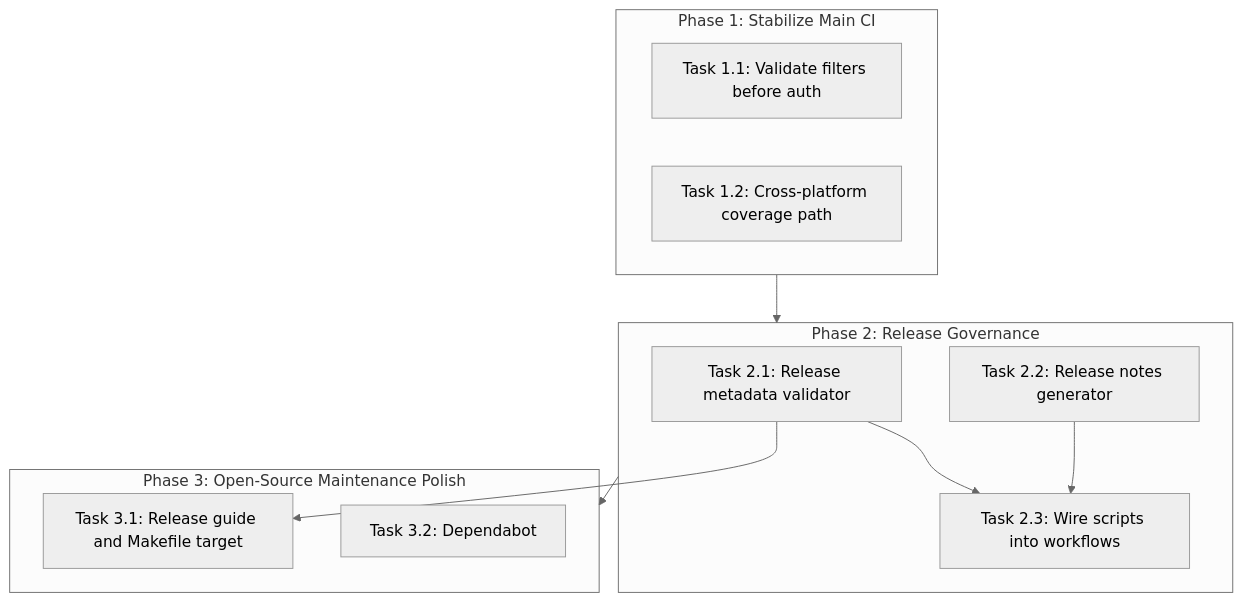
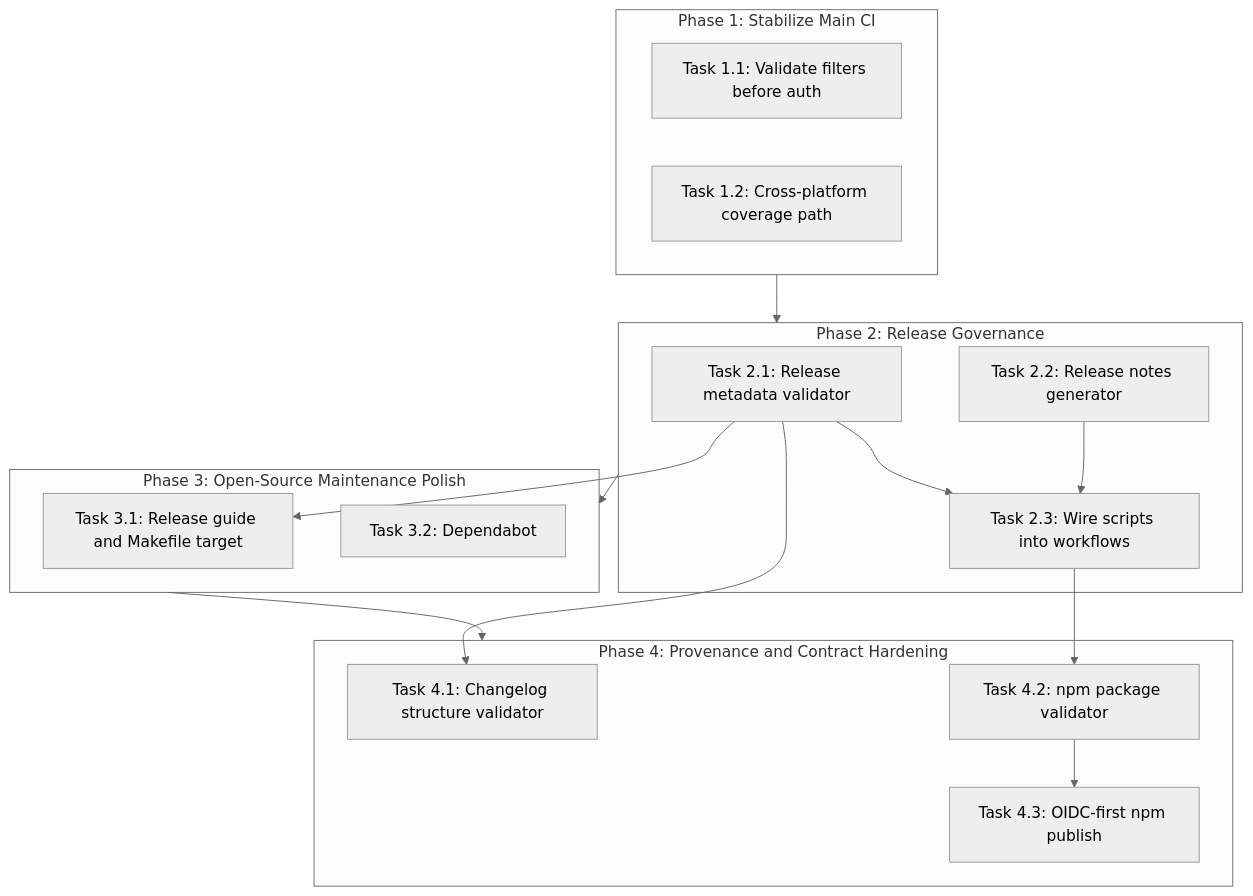
The diagram in docs/plan/dependency-graph.md (DeliciousBuding/dida-cli), drawn with Mermaid (neutral theme) before and after one commit. The commit also changed 14 other files, not shown here.

````diff
--- a/docs/plan/dependency-graph.md
+++ b/docs/plan/dependency-graph.md
@@ -3,24 +3,34 @@
 ```mermaid
 graph TD
   subgraph Phase1["Phase 1: Stabilize Main CI"]
     T11["Task 1.1: Validate filters before auth"]
     T12["Task 1.2: Cross-platform coverage path"]
   end
 
   subgraph Phase2["Phase 2: Release Governance"]
     T21["Task 2.1: Release metadata validator"]
     T22["Task 2.2: Release notes generator"]
     T23["Task 2.3: Wire scripts into workflows"]
   end
 
   subgraph Phase3["Phase 3: Open-Source Maintenance Polish"]
     T31["Task 3.1: Release guide and Makefile target"]
     T32["Task 3.2: Dependabot"]
   end
 
+  subgraph Phase4["Phase 4: Provenance and Contract Hardening"]
+    T41["Task 4.1: Changelog structure validator"]
+    T42["Task 4.2: npm package validator"]
+    T43["Task 4.3: OIDC-first npm publish"]
+  end
+
   T21 --> T23
   T22 --> T23
   T21 --> T31
+  T21 --> T41
+  T23 --> T42
+  T42 --> T43
   Phase1 --> Phase2
   Phase2 --> Phase3
+  Phase3 --> Phase4
 ```
````
